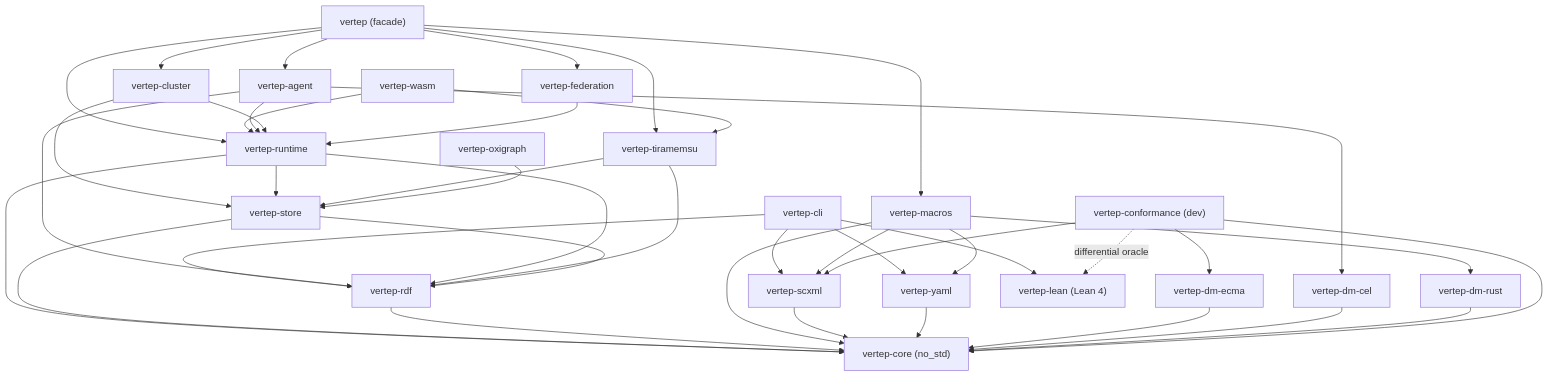
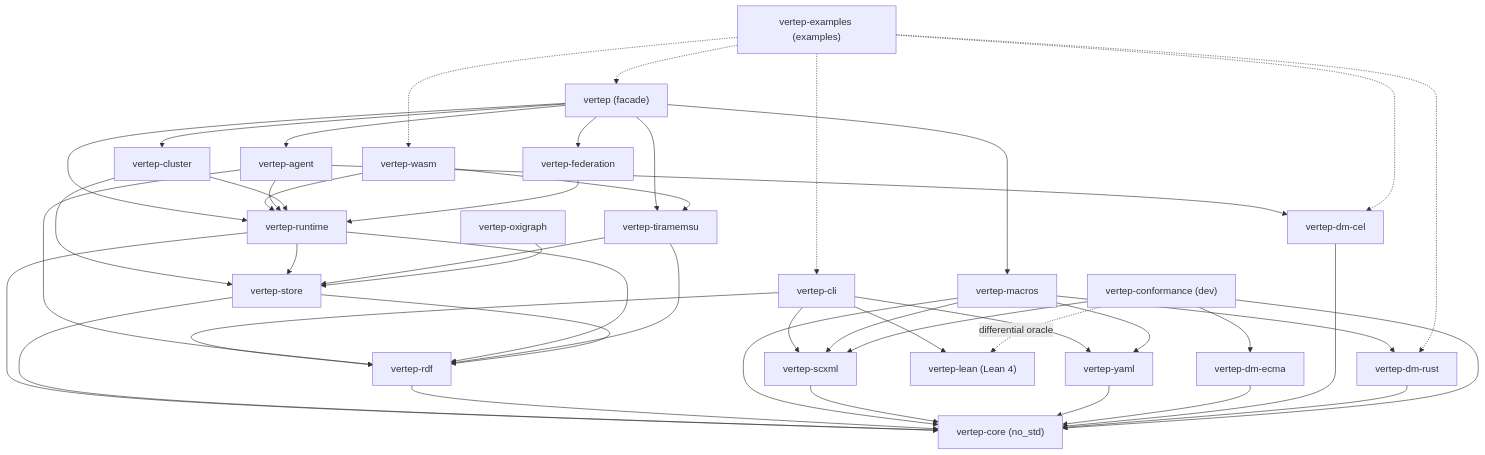
Before and after one commit to Volland/vertep: the diagram in tg.md/components.md, drawn with Mermaid. The commit also changed other lines of this file and 65 other files, not shown here.

````diff
--- a/tg.md/components.md
+++ b/tg.md/components.md
@@ -9,43 +9,45 @@
 ```mermaid
 flowchart TD
     facade["vertep (facade)"]
     cli["vertep-cli"]
     wasm["vertep-wasm"]
     agent["vertep-agent"]
     cluster["vertep-cluster"]
     fed["vertep-federation"]
     runtime["vertep-runtime"]
     tira["vertep-tiramemsu"]
     oxi["vertep-oxigraph"]
     store["vertep-store"]
     rdf["vertep-rdf"]
     macros["vertep-macros"]
     scxml["vertep-scxml"]
     yaml["vertep-yaml"]
     ecma["vertep-dm-ecma"]
     cel["vertep-dm-cel"]
     dmrust["vertep-dm-rust"]
     core["vertep-core (no_std)"]
     conf["vertep-conformance (dev)"]
+    examples["vertep-examples (examples)"]
     lean["vertep-lean (Lean 4)"]
 
     facade --> agent & cluster & fed & runtime & macros & tira
     cli --> scxml & yaml & rdf & lean
     wasm --> runtime & tira
     agent --> runtime & cel & rdf
     cluster --> runtime & store
     fed --> runtime
     runtime --> core & store & rdf
     tira --> store & rdf
     oxi --> store
     store --> core & rdf
     rdf --> core
     macros --> core & scxml & yaml & dmrust
     scxml --> core
     yaml --> core
     ecma --> core
     cel --> core
     dmrust --> core
     conf --> core & scxml & ecma
     conf -. differential oracle .-> lean
+    examples -.-> facade & cel & dmrust & cli & wasm
 ```
````
